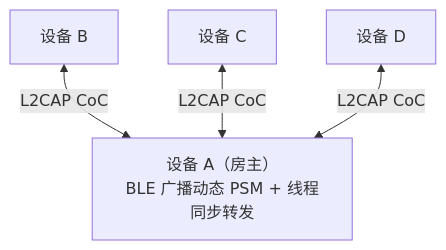
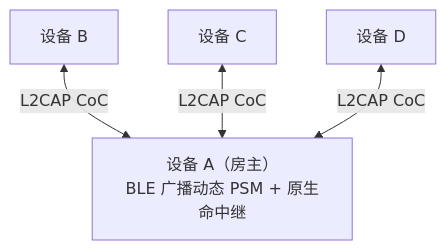
One commit to Starlordzz/sunsetripple changed the second of 2 diagrams in docs/wiki/房间模式对比.md. Above: the diagram before and after it, drawn with Mermaid. The commit also changed other lines of this file and 36 other files, not shown here.

````diff
--- a/docs/wiki/房间模式对比.md
+++ b/docs/wiki/房间模式对比.md
@@ -51,11 +54,11 @@
 ```mermaid
 flowchart TD
-    H["设备 A（房主）<br/>BLE 广播动态 PSM + 线程同步转发"]
+    H["设备 A（房主）<br/>BLE 广播动态 PSM + 原生命中继"]
     B["设备 B"]
     C["设备 C"]
     D["设备 D"]
 
     B <-->|"L2CAP CoC"| H
     C <-->|"L2CAP CoC"| H
     D <-->|"L2CAP CoC"| H
 ```
````
